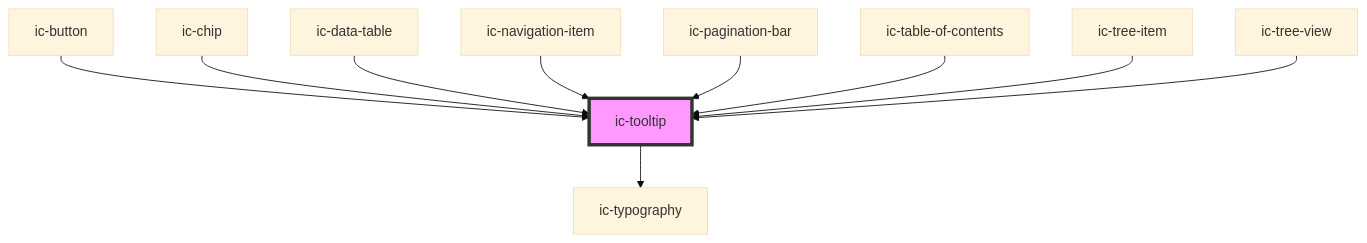
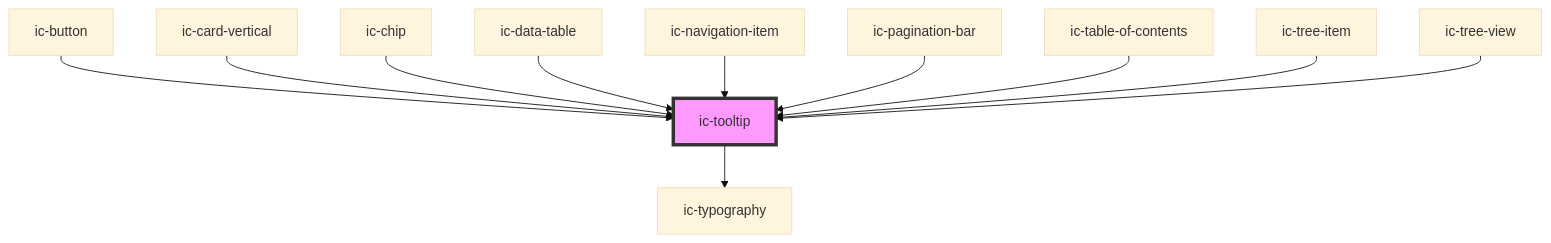
One commit to mi6/ic-ui-kit changed the diagram in packages/web-components/src/components/ic-tooltip/readme.md. Above: the diagram before and after it, drawn with Mermaid (base theme). The commit also changed other lines of this file and 24 other files, not shown here.

````diff
--- a/packages/web-components/src/components/ic-tooltip/readme.md
+++ b/packages/web-components/src/components/ic-tooltip/readme.md
@@ -67,13 +70,14 @@
 ```mermaid
 graph TD;
   ic-tooltip --> ic-typography
   ic-button --> ic-tooltip
+  ic-card-vertical --> ic-tooltip
   ic-chip --> ic-tooltip
   ic-data-table --> ic-tooltip
   ic-navigation-item --> ic-tooltip
   ic-pagination-bar --> ic-tooltip
   ic-table-of-contents --> ic-tooltip
   ic-tree-item --> ic-tooltip
   ic-tree-view --> ic-tooltip
   style ic-tooltip fill:#f9f,stroke:#333,stroke-width:4px
 ```
````
